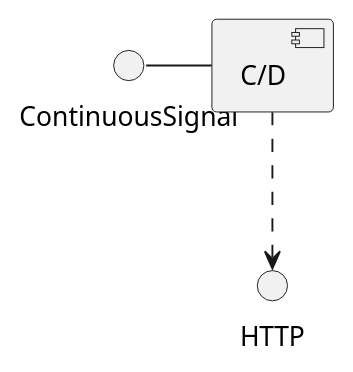
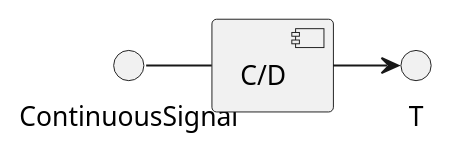
One commit to ashwinreddy/wiki changed the diagram in Engineering/Signal-Processing/Digital signal processing.md. Above: the diagram before and after it, drawn with PlantUML.

Commit message:
Updated Digital signal processing.md (markdown)

```diff
--- a/Engineering/Signal-Processing/Digital signal processing.md
+++ b/Engineering/Signal-Processing/Digital signal processing.md
@@ -6,4 +6,4 @@
 @startuml
 ContinuousSignal - [C/D]
-[C/D] ..> HTTP 
+[C/D] -> T
 @enduml
```
